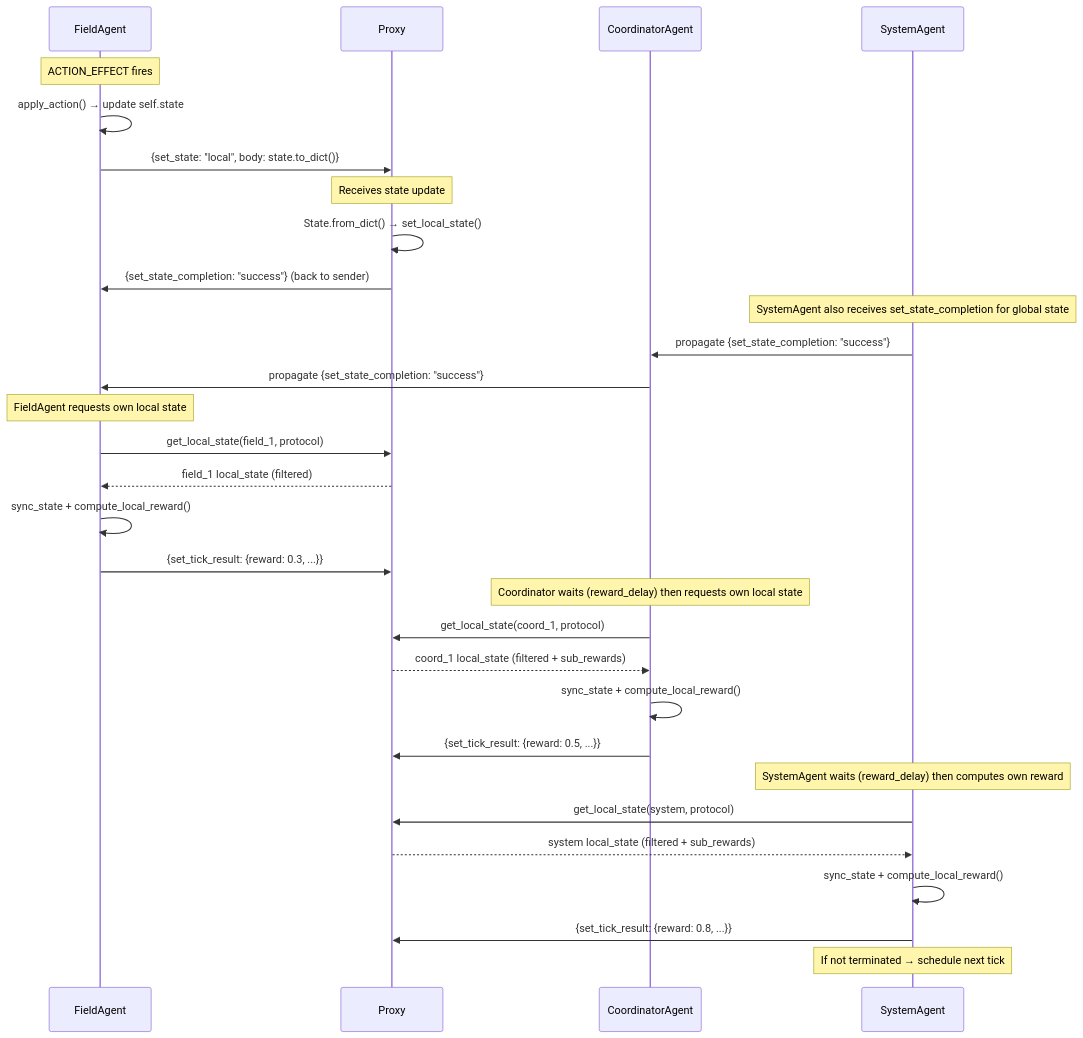
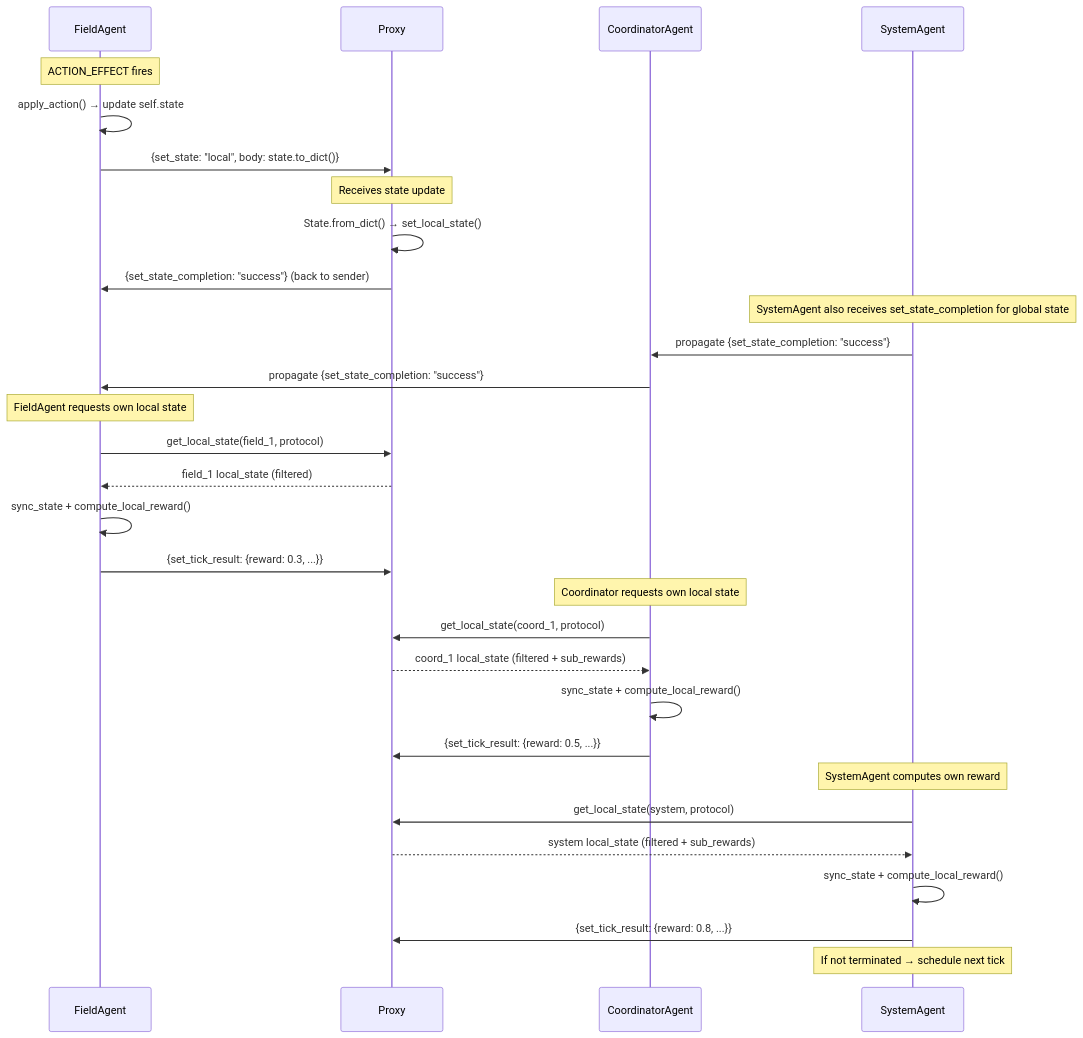
Diagram 11 of 14 in docs/design/HERON_FLOW_DIAGRAMS.md (Criss-Wang/PowerGym), drawn with Mermaid before and after one commit. The commit also changed other lines of this file and 21 other files, not shown here.

Commit message:
Remove reward_delay and subordinate_rewards mechanism

````diff
--- a/docs/design/HERON_FLOW_DIAGRAMS.md
+++ b/docs/design/HERON_FLOW_DIAGRAMS.md
@@ -599,39 +599,39 @@
 ```mermaid
 sequenceDiagram
     participant FA as FieldAgent
     participant PX as Proxy
     participant COORD as CoordinatorAgent
     participant SYS as SystemAgent
 
     Note over FA: ACTION_EFFECT fires
     FA->>FA: apply_action() → update self.state
     FA->>PX: {set_state: "local", body: state.to_dict()}
 
     Note over PX: Receives state update
     PX->>PX: State.from_dict() → set_local_state()
     PX->>FA: {set_state_completion: "success"} (back to sender)
 
     Note over SYS: SystemAgent also receives set_state_completion for global state
     SYS->>COORD: propagate {set_state_completion: "success"}
     COORD->>FA: propagate {set_state_completion: "success"}
 
     Note over FA: FieldAgent requests own local state
     FA->>PX: get_local_state(field_1, protocol)
     PX-->>FA: field_1 local_state (filtered)
     FA->>FA: sync_state + compute_local_reward()
     FA->>PX: {set_tick_result: {reward: 0.3, ...}}
 
-    Note over COORD: Coordinator waits (reward_delay) then requests own local state
+    Note over COORD: Coordinator requests own local state
     COORD->>PX: get_local_state(coord_1, protocol)
     PX-->>COORD: coord_1 local_state (filtered + sub_rewards)
     COORD->>COORD: sync_state + compute_local_reward()
     COORD->>PX: {set_tick_result: {reward: 0.5, ...}}
 
-    Note over SYS: SystemAgent waits (reward_delay) then computes own reward
+    Note over SYS: SystemAgent computes own reward
     SYS->>PX: get_local_state(system, protocol)
     PX-->>SYS: system local_state (filtered + sub_rewards)
     SYS->>SYS: sync_state + compute_local_reward()
     SYS->>PX: {set_tick_result: {reward: 0.8, ...}}
 
     Note over SYS: If not terminated → schedule next tick
 ```
````
